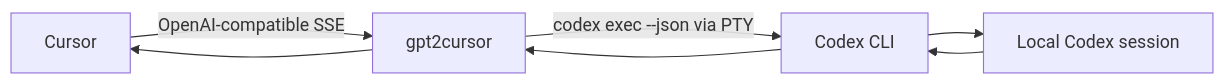
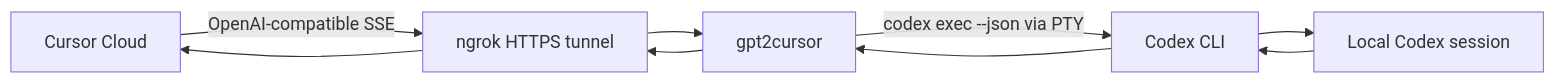
One commit to ingeniousfrog/gpt2cursor changed the diagram in README.md. Above: the diagram before and after it, drawn with Mermaid. The commit also changed other lines of this file and 4 other files, not shown here.

````diff
--- a/README.md
+++ b/README.md
@@ -87,14 +89,17 @@
 ```mermaid
 flowchart LR
-  Cursor["Cursor"]
+  Cursor["Cursor Cloud"]
+  Ngrok["ngrok HTTPS tunnel"]
   LocalEndpoint["gpt2cursor"]
   CodexCLI["Codex CLI"]
   CodexSession["Local Codex session"]
 
-  Cursor -->|"OpenAI-compatible SSE"| LocalEndpoint
+  Cursor -->|"OpenAI-compatible SSE"| Ngrok
+  Ngrok --> LocalEndpoint
   LocalEndpoint -->|"codex exec --json via PTY"| CodexCLI
   CodexCLI --> CodexSession
   CodexSession --> CodexCLI
   CodexCLI --> LocalEndpoint
-  LocalEndpoint --> Cursor
+  LocalEndpoint --> Ngrok
+  Ngrok --> Cursor
 ```
````
